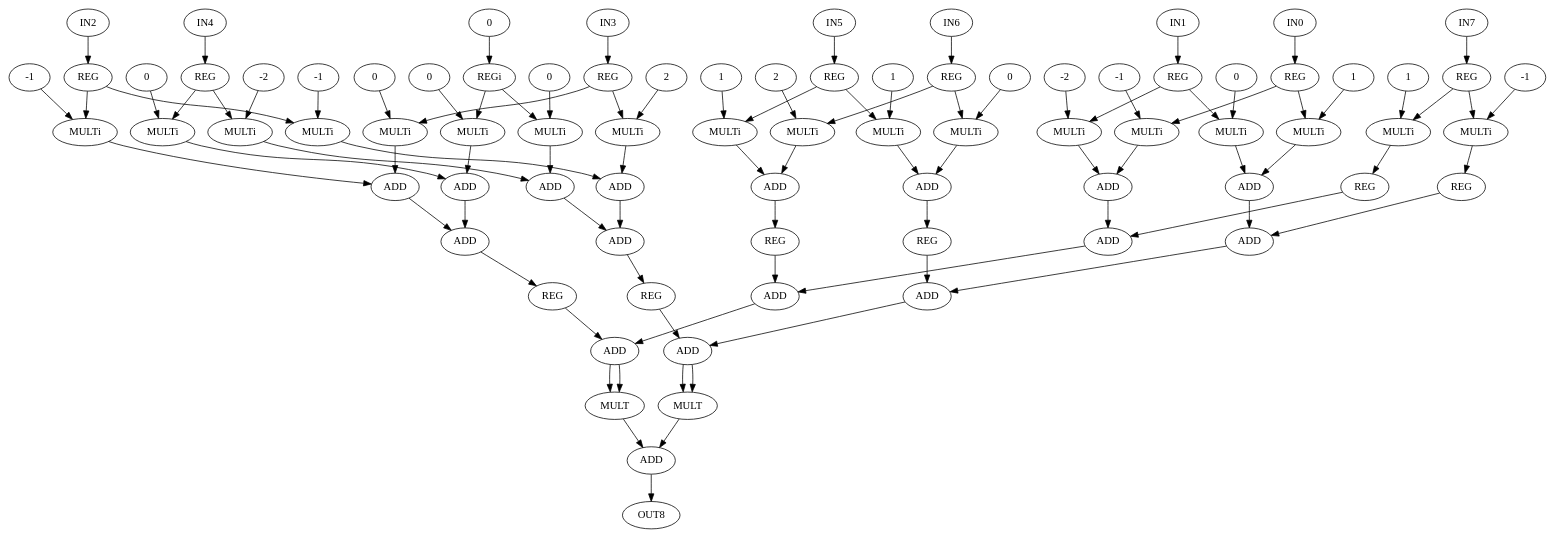
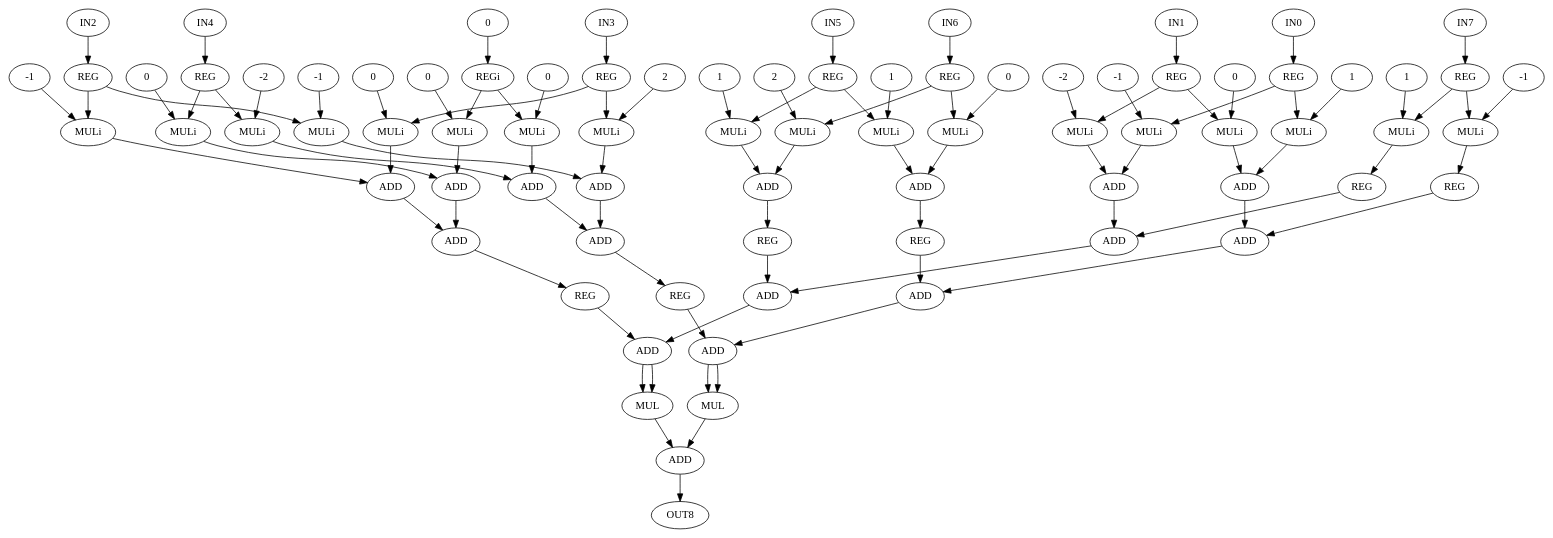
The diagram in fdam-samples/fdam-cgra-samples/cgra_128_radix8/sw/cpp/dot_dataflows/sobel_filter.dot (lesc-ufv/fdam), drawn with Graphviz before and after one commit. The commit also changed 15 other files, not shown here.

```diff
--- a/fdam-samples/fdam-cgra-samples/cgra_128_radix8/sw/cpp/dot_dataflows/sobel_filter.dot
+++ b/fdam-samples/fdam-cgra-samples/cgra_128_radix8/sw/cpp/dot_dataflows/sobel_filter.dot
@@ -1,172 +1,172 @@
 digraph sobel_filter{
  0 [ label = IN0 ]
  1 [ label = IN1 ]
  2 [ label = IN2 ]
  3 [ label = IN3 ]
  4 [ label = IN4 ]
  5 [ label = IN5 ]
  6 [ label = IN6 ]
  7 [ label = IN7 ]
  8 [ label = OUT8 ]
  9 [ label = REG]
  10 [ label = REG]
  11 [ label = REG]
  12 [ label = REG]
  13 [ label = REGi, VALUE = 0]
  "13.0"[ label = 0 ]
  14 [ label = REG]
  15 [ label = REG]
  16 [ label = REG]
  17 [ label = REG]
- 18 [ label = MULTi, VALUE = -1]
+ 18 [ label = MULi, VALUE = -1]
  "18.-1"[ label = -1 ]
- 19 [ label = MULTi, VALUE = -2]
+ 19 [ label = MULi, VALUE = -2]
  "19.-2"[ label = -2 ]
- 20 [ label = MULTi, VALUE = -1]
+ 20 [ label = MULi, VALUE = -1]
  "20.-1"[ label = -1 ]
- 21 [ label = MULTi, VALUE = 0]
+ 21 [ label = MULi, VALUE = 0]
  "21.0"[ label = 0 ]
- 22 [ label = MULTi, VALUE = 0]
+ 22 [ label = MULi, VALUE = 0]
  "22.0"[ label = 0 ]
- 23 [ label = MULTi, VALUE = 0]
+ 23 [ label = MULi, VALUE = 0]
  "23.0"[ label = 0 ]
- 24 [ label = MULTi, VALUE = 1]
+ 24 [ label = MULi, VALUE = 1]
  "24.1"[ label = 1 ]
- 25 [ label = MULTi, VALUE = 2]
+ 25 [ label = MULi, VALUE = 2]
  "25.2"[ label = 2 ]
- 26 [ label = MULTi, VALUE = 1]
+ 26 [ label = MULi, VALUE = 1]
  "26.1"[ label = 1 ]
  27 [ label = REG]
  28 [ label = ADD]
  29 [ label = ADD]
  30 [ label = ADD]
  31 [ label = ADD]
  32 [ label = REG]
  33 [ label = ADD]
  34 [ label = ADD]
  35 [ label = REG]
  36 [ label = ADD]
  37 [ label = ADD]
- 38 [ label = MULTi, VALUE = 1]
+ 38 [ label = MULi, VALUE = 1]
  "38.1"[ label = 1 ]
- 39 [ label = MULTi, VALUE = 0]
+ 39 [ label = MULi, VALUE = 0]
  "39.0"[ label = 0 ]
- 40 [ label = MULTi, VALUE = -1]
+ 40 [ label = MULi, VALUE = -1]
  "40.-1"[ label = -1 ]
- 41 [ label = MULTi, VALUE = 2]
+ 41 [ label = MULi, VALUE = 2]
  "41.2"[ label = 2 ]
- 42 [ label = MULTi, VALUE = 0]
+ 42 [ label = MULi, VALUE = 0]
  "42.0"[ label = 0 ]
- 43 [ label = MULTi, VALUE = -2]
+ 43 [ label = MULi, VALUE = -2]
  "43.-2"[ label = -2 ]
- 44 [ label = MULTi, VALUE = 1]
+ 44 [ label = MULi, VALUE = 1]
  "44.1"[ label = 1 ]
- 45 [ label = MULTi, VALUE = 0]
+ 45 [ label = MULi, VALUE = 0]
  "45.0"[ label = 0 ]
- 46 [ label = MULTi, VALUE = -1]
+ 46 [ label = MULi, VALUE = -1]
  "46.-1"[ label = -1 ]
  47 [ label = REG]
  48 [ label = ADD]
  49 [ label = ADD]
  50 [ label = ADD]
  51 [ label = ADD]
  52 [ label = REG]
  53 [ label = ADD]
  54 [ label = ADD]
  55 [ label = REG]
  56 [ label = ADD]
  57 [ label = ADD]
- 58 [ label = MULT]
- 59 [ label = MULT]
+ 58 [ label = MUL]
+ 59 [ label = MUL]
  60 [ label = ADD]
  0 -> 9
  1 -> 10
  2 -> 11
  3 -> 12
  4 -> 14
  5 -> 15
  6 -> 16
  7 -> 17
  9 -> 18
  9 -> 38
  10 -> 19
  10 -> 39
  11 -> 20
  11 -> 40
  12 -> 21
  12 -> 41
  "13.0" -> 13
  13 -> 22
  13 -> 42
  14 -> 23
  14 -> 43
  15 -> 24
  15 -> 44
  16 -> 25
  16 -> 45
  17 -> 26
  17 -> 46
  "18.-1" -> 18
  18 -> 28
  "19.-2" -> 19
  19 -> 28
  "20.-1" -> 20
  20 -> 29
  "21.0" -> 21
  21 -> 29
  "22.0" -> 22
  22 -> 30
  "23.0" -> 23
  23 -> 30
  "24.1" -> 24
  24 -> 31
  "25.2" -> 25
  25 -> 31
  "26.1" -> 26
  26 -> 27
  27 -> 33
  28 -> 33
  29 -> 34
  30 -> 34
  31 -> 32
  32 -> 36
  33 -> 36
  34 -> 35
  35 -> 37
  36 -> 37
  37 -> 58
  37 -> 58
  "38.1" -> 38
  38 -> 48
  "39.0" -> 39
  39 -> 48
  "40.-1" -> 40
  40 -> 49
  "41.2" -> 41
  41 -> 49
  "42.0" -> 42
  42 -> 50
  "43.-2" -> 43
  43 -> 50
  "44.1" -> 44
  44 -> 51
  "45.0" -> 45
  45 -> 51
  "46.-1" -> 46
  46 -> 47
  47 -> 53
  48 -> 53
  49 -> 54
  50 -> 54
  51 -> 52
  52 -> 56
  53 -> 56
  54 -> 55
  55 -> 57
  56 -> 57
  57 -> 59
  57 -> 59
  58 -> 60
  59 -> 60
  60 -> 8
 }
```
